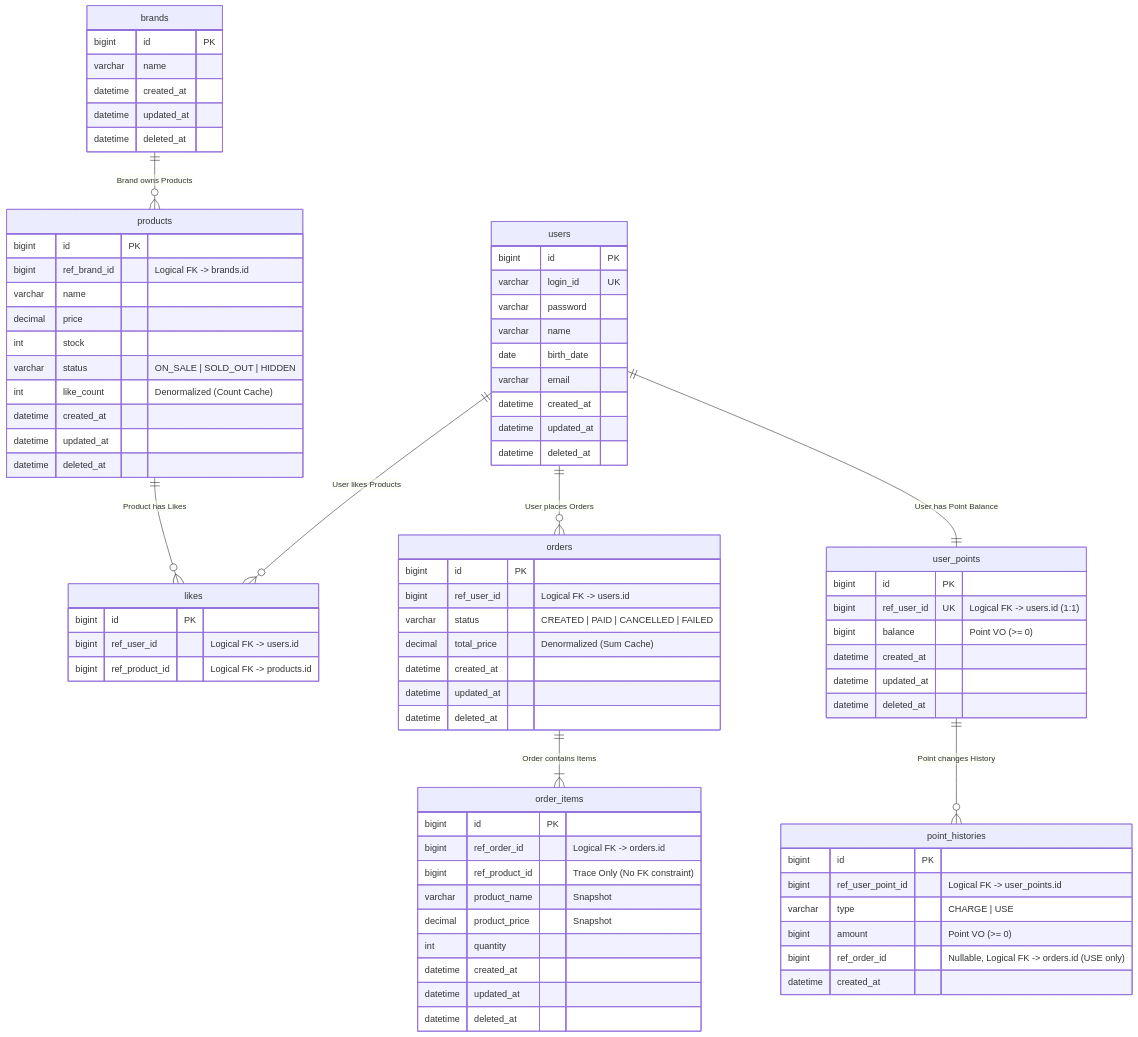
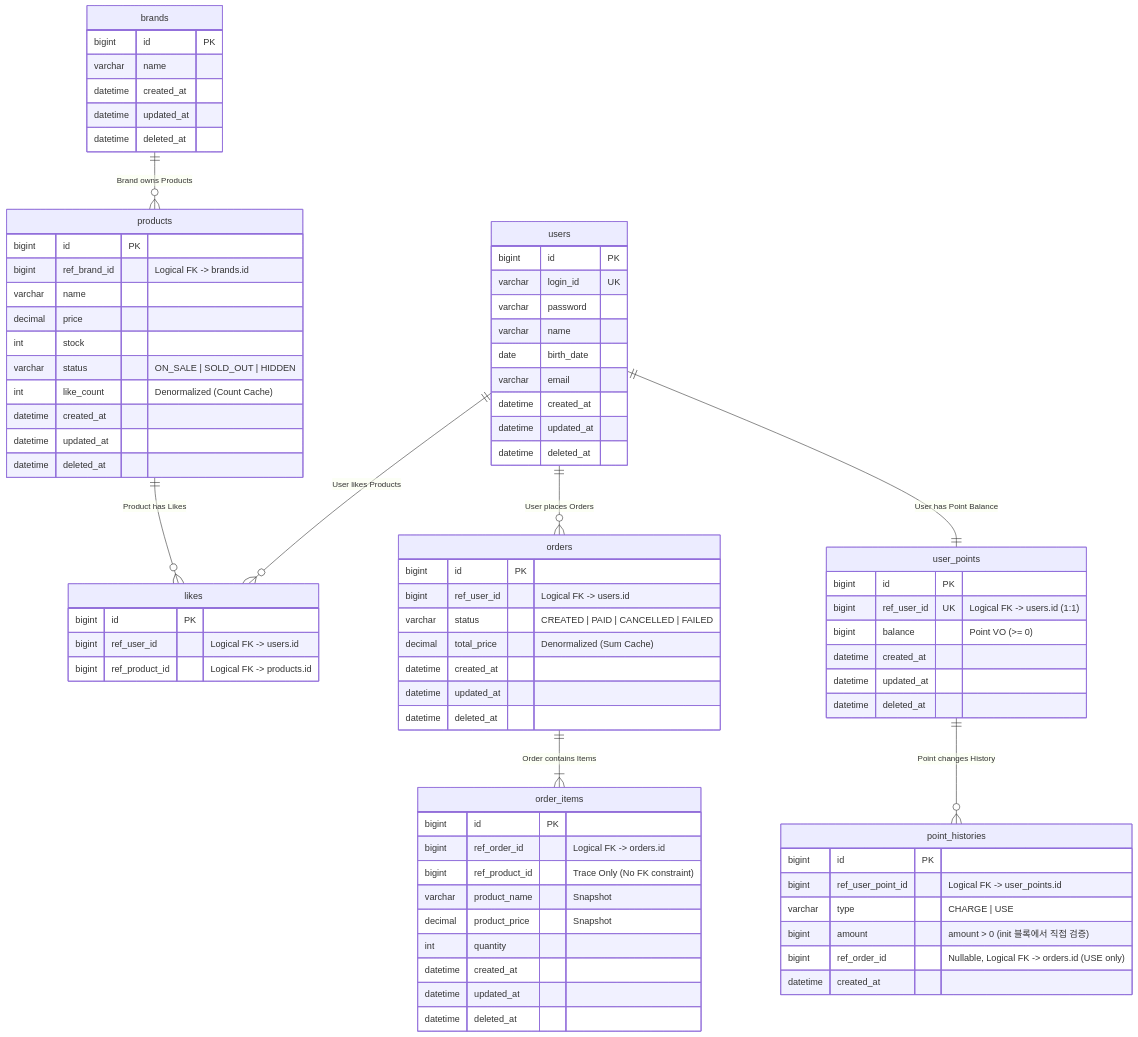
Before and after one commit to Loopers-dev-lab/loop-pack-be-l2-vol3-kotlin: the diagram in docs/design/04-erd.md, drawn with Mermaid. The commit also changed other lines of this file and 7 other files, not shown here.

```diff
--- a/docs/design/04-erd.md
+++ b/docs/design/04-erd.md
@@ -96,7 +96,7 @@
         bigint id PK
         bigint ref_user_point_id "Logical FK -> user_points.id"
         varchar type "CHARGE | USE"
-        bigint amount "Point VO (>= 0)"
+        bigint amount "amount > 0 (init 블록에서 직접 검증)"
         bigint ref_order_id "Nullable, Logical FK -> orders.id (USE only)"
         datetime created_at
     }
```
